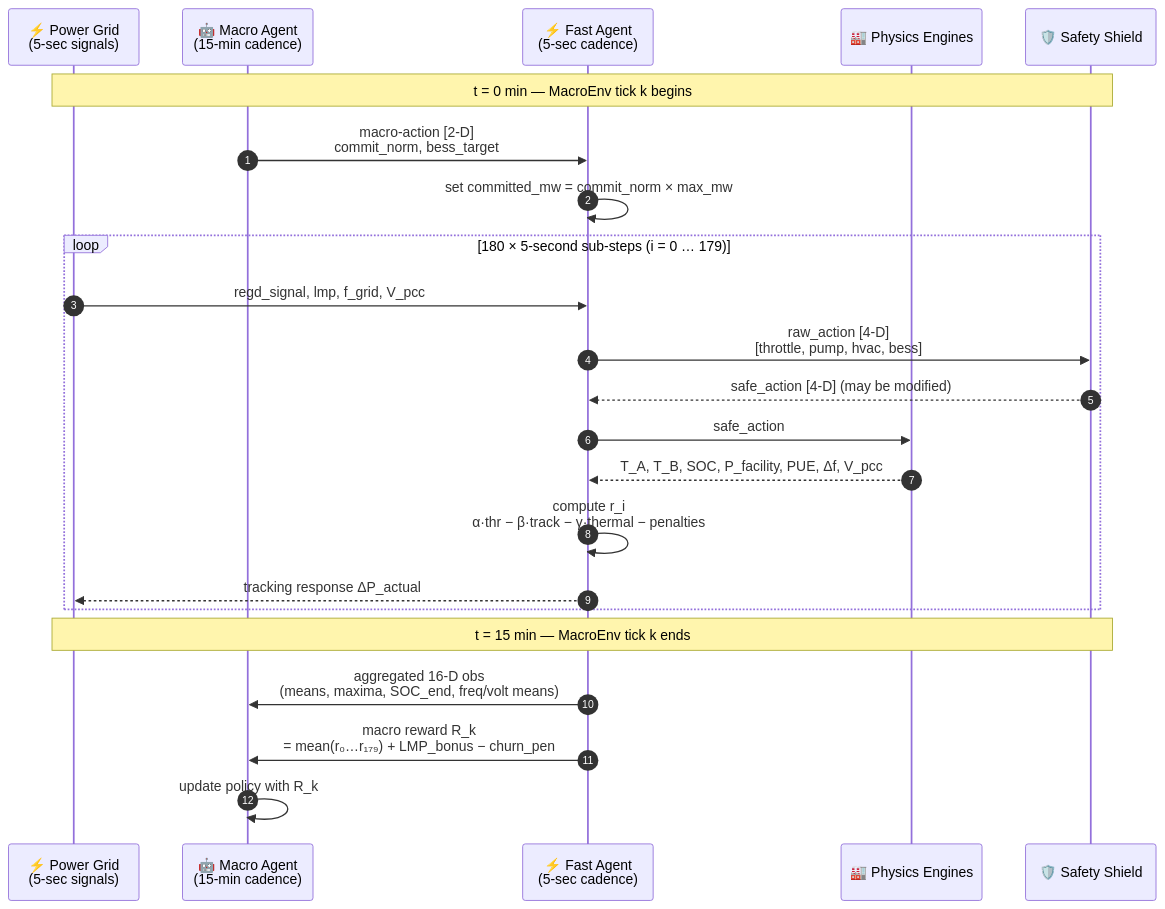
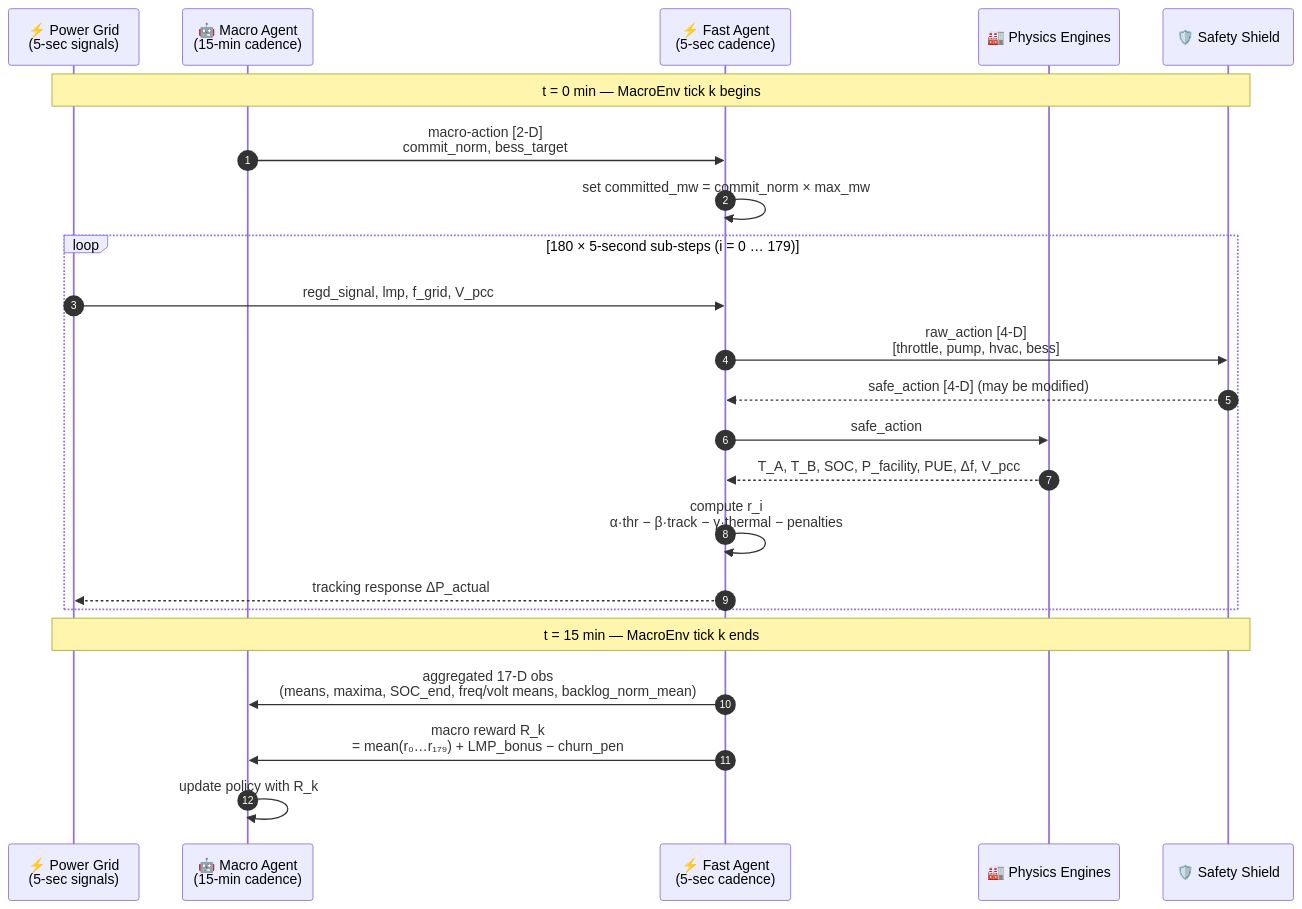
One commit to HewlettPackard/c2g-bench changed the fifth of 9 diagrams in README.md. Above: the diagram before and after it, drawn with Mermaid. The commit also changed other lines of this file, not shown here.

First line of the commit message:
docs: sync all diagrams and prose to 17-D obs / queue model

````diff
--- a/README.md
+++ b/README.md
@@ -356,30 +356,30 @@
 ```mermaid
 sequenceDiagram
     autonumber
     participant Grid as ⚡ Power Grid<br/>(5-sec signals)
     participant Macro as 🤖 Macro Agent<br/>(15-min cadence)
     participant Fast as ⚡ Fast Agent<br/>(5-sec cadence)
     participant Sim as 🏭 Physics Engines
     participant Shield as 🛡️ Safety Shield
 
     note over Grid,Shield: t = 0 min — MacroEnv tick k begins
 
     Macro->>Fast: macro-action [2-D]<br/>commit_norm, bess_target
     Fast->>Fast: set committed_mw = commit_norm × max_mw
 
     loop 180 × 5-second sub-steps (i = 0 … 179)
         Grid->>Fast: regd_signal, lmp, f_grid, V_pcc
         Fast->>Shield: raw_action [4-D]<br/>[throttle, pump, hvac, bess]
         Shield-->>Fast: safe_action [4-D] (may be modified)
         Fast->>Sim: safe_action
         Sim-->>Fast: T_A, T_B, SOC, P_facility, PUE, Δf, V_pcc
         Fast->>Fast: compute r_i<br/>α·thr − β·track − γ·thermal − penalties
         Fast-->>Grid: tracking response ΔP_actual
     end
 
     note over Grid,Shield: t = 15 min — MacroEnv tick k ends
 
-    Fast->>Macro: aggregated 16-D obs<br/>(means, maxima, SOC_end, freq/volt means)
+    Fast->>Macro: aggregated 17-D obs<br/>(means, maxima, SOC_end, freq/volt means, backlog_norm_mean)
     Fast->>Macro: macro reward R_k<br/>= mean(r₀…r₁₇₉) + LMP_bonus − churn_pen
     Macro->>Macro: update policy with R_k
 ```
````
